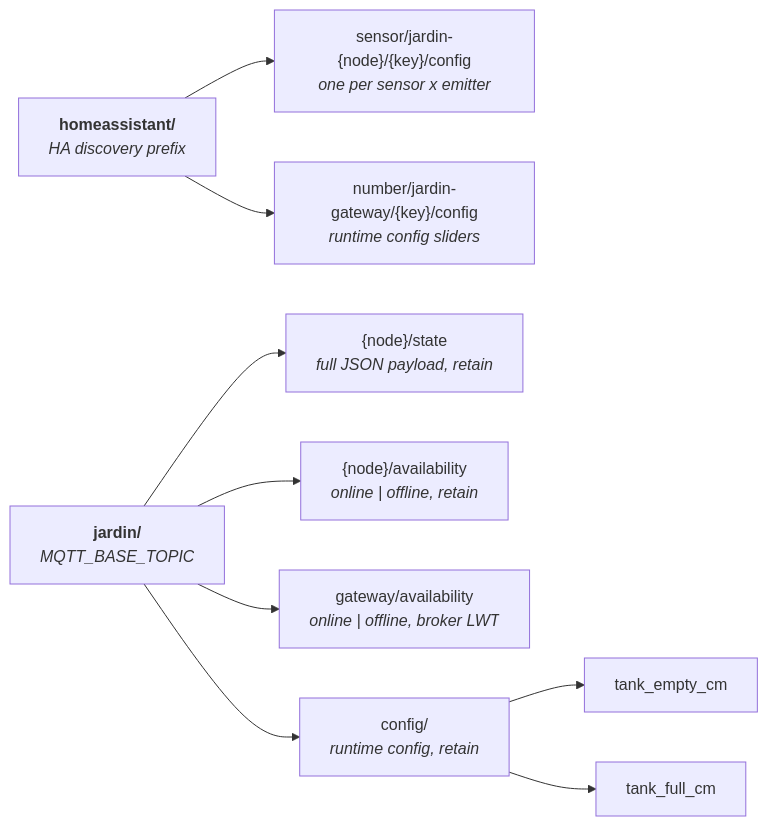
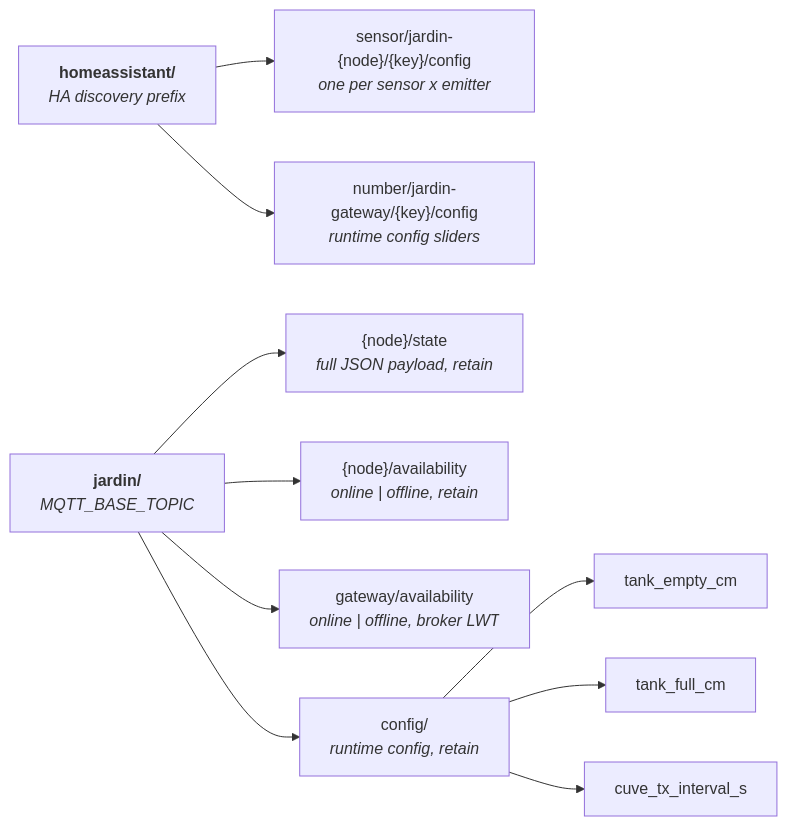
Before and after one commit to gre/jardin-sensors: the fourth of 6 diagrams in README.md, drawn with Mermaid. The commit also changed other lines of this file and 3 other files, not shown here.

````diff
--- a/README.md
+++ b/README.md
@@ -199,14 +200,15 @@
 ```mermaid
 flowchart LR
     HA["<b>homeassistant/</b><br/><i>HA discovery prefix</i>"]
     HA --> HAS["sensor/jardin-{node}/{key}/config<br/><i>one per sensor x emitter</i>"]
     HA --> HAN["number/jardin-gateway/{key}/config<br/><i>runtime config sliders</i>"]
 
     J["<b>jardin/</b><br/><i>MQTT_BASE_TOPIC</i>"]
     J --> JS["{node}/state<br/><i>full JSON payload, retain</i>"]
     J --> JA["{node}/availability<br/><i>online | offline, retain</i>"]
     J --> JG["gateway/availability<br/><i>online | offline, broker LWT</i>"]
     J --> JC["config/<br/><i>runtime config, retain</i>"]
     JC --> JCE[tank_empty_cm]
     JC --> JCF[tank_full_cm]
+    JC --> JCT[cuve_tx_interval_s]
 ```
````
